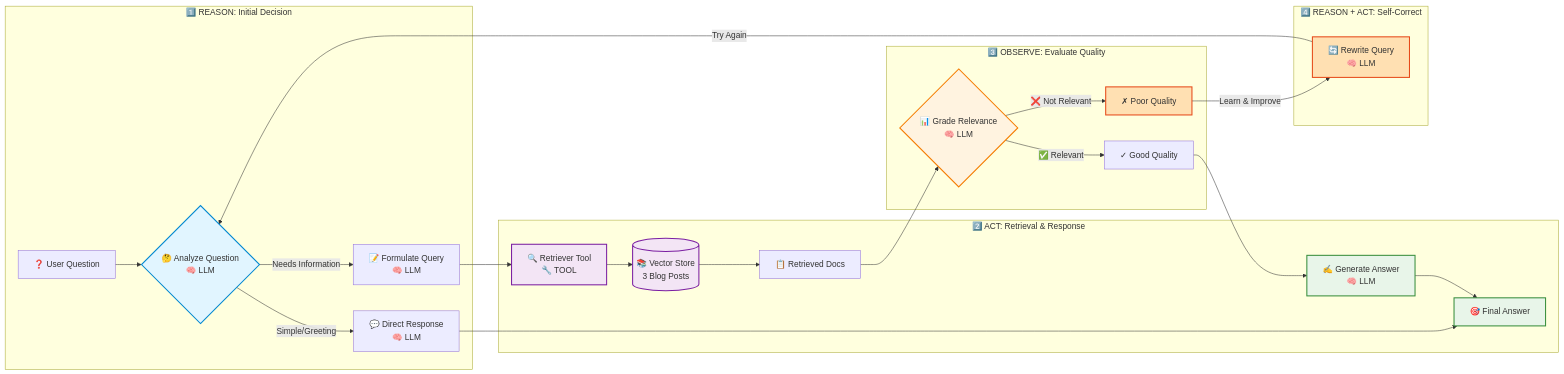
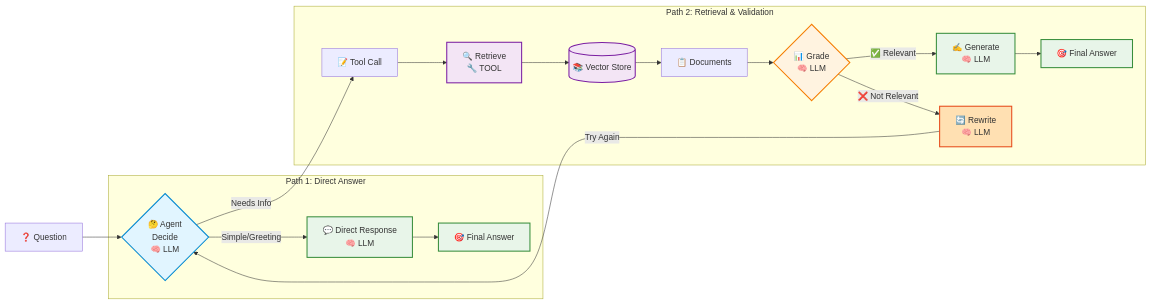
The diagram in 3-agentic-rag/README.md (roypr-ma/rag-demo), drawn with Mermaid before and after one commit. The commit also changed other lines of this file and 8 other files, not shown here.

````diff
--- a/3-agentic-rag/README.md
+++ b/3-agentic-rag/README.md
@@ -71,38 +52,31 @@
 ```mermaid
 graph LR
-    subgraph "1️⃣ REASON: Initial Decision"
-        Q[❓ User Question] --> D{🤔 Analyze Question<br/>🧠 LLM}
-        D -->|Simple/Greeting| R1[💬 Direct Response<br/>🧠 LLM]
-        D -->|Needs Information| D2[📝 Formulate Query<br/>🧠 LLM]
+    Q[❓ Question] --> A{🤔 Agent<br/>Decide<br/>🧠 LLM}
+    
+    subgraph "Path 1: Direct Answer"
+        A -->|Simple/Greeting| R[💬 Direct Response<br/>🧠 LLM]
+        R --> END1[🎯 Final Answer]
     end
     
-    subgraph "2️⃣ ACT: Retrieval & Response"
-        D2 --> RET[🔍 Retriever Tool<br/>🔧 TOOL]
-        RET --> VS[(📚 Vector Store<br/>3 Blog Posts)]
-        VS --> DOCS[📋 Retrieved Docs]
-        R1 --> END1[🎯 Final Answer]
-        GEN[✍️ Generate Answer<br/>🧠 LLM] --> END1
+    subgraph "Path 2: Retrieval & Validation"
+        A -->|Needs Info| T[📝 Tool Call]
+        T --> RET[🔍 Retrieve<br/>🔧 TOOL]
+        RET --> VS[(📚 Vector Store)]
+        VS --> DOCS[📋 Documents]
+        DOCS --> G{📊 Grade<br/>🧠 LLM}
+        G -->|✅ Relevant| GEN[✍️  Generate<br/>🧠 LLM]
+        G -->|❌ Not Relevant| RW[🔄 Rewrite<br/>🧠 LLM]
+        RW -->|Try Again| A
+        GEN --> END2[🎯 Final Answer]
     end
     
-    subgraph "3️⃣ OBSERVE: Evaluate Quality"
-        DOCS --> GRADE{📊 Grade Relevance<br/>🧠 LLM}
-        GRADE -->|✅ Relevant| GOOD[✓ Good Quality]
-        GRADE -->|❌ Not Relevant| BAD[✗ Poor Quality]
-    end
-    
-    subgraph "4️⃣ REASON + ACT: Self-Correct"
-        BAD -->|Learn & Improve| RW[🔄 Rewrite Query<br/>🧠 LLM]
-        RW -->|Try Again| D
-    end
-    
-    GOOD --> GEN
-    
-    style D fill:#e1f5ff,stroke:#0288d1,stroke-width:2px
-    style GRADE fill:#fff3e0,stroke:#f57c00,stroke-width:2px
+    style A fill:#e1f5ff,stroke:#0288d1,stroke-width:2px
+    style G fill:#fff3e0,stroke:#f57c00,stroke-width:2px
     style VS fill:#f3e5f5,stroke:#7b1fa2,stroke-width:2px
     style RET fill:#f3e5f5,stroke:#7b1fa2,stroke-width:2px
+    style R fill:#e8f5e9,stroke:#388e3c,stroke-width:2px
     style GEN fill:#e8f5e9,stroke:#388e3c,stroke-width:2px
     style END1 fill:#e8f5e9,stroke:#388e3c,stroke-width:2px
+    style END2 fill:#e8f5e9,stroke:#388e3c,stroke-width:2px
     style RW fill:#ffe0b2,stroke:#e64a19,stroke-width:2px
-    style BAD fill:#ffe0b2,stroke:#e64a19,stroke-width:2px
 ```
````
